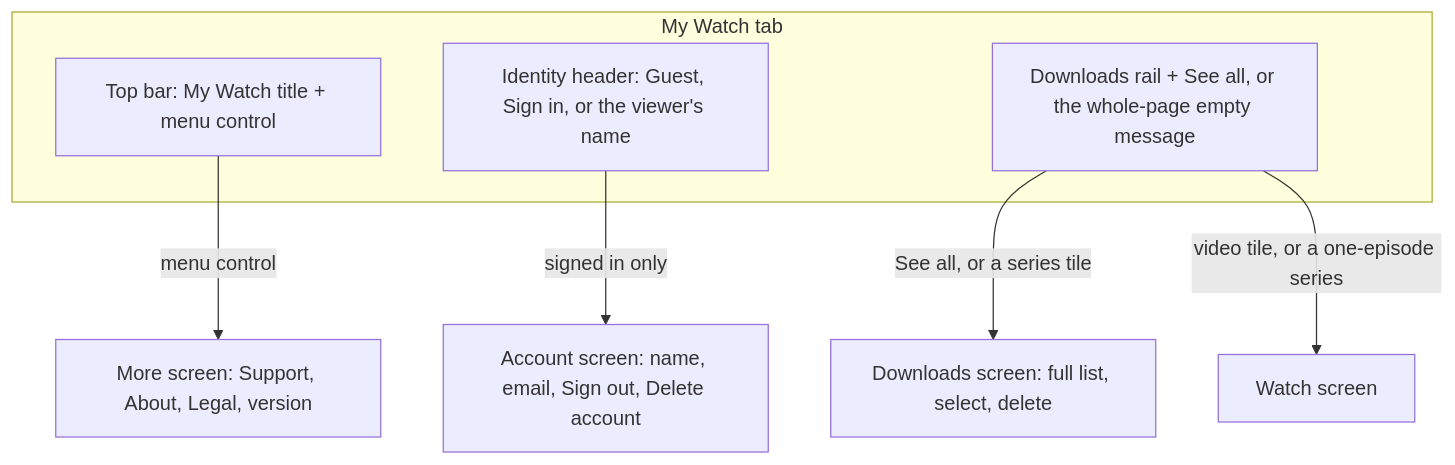
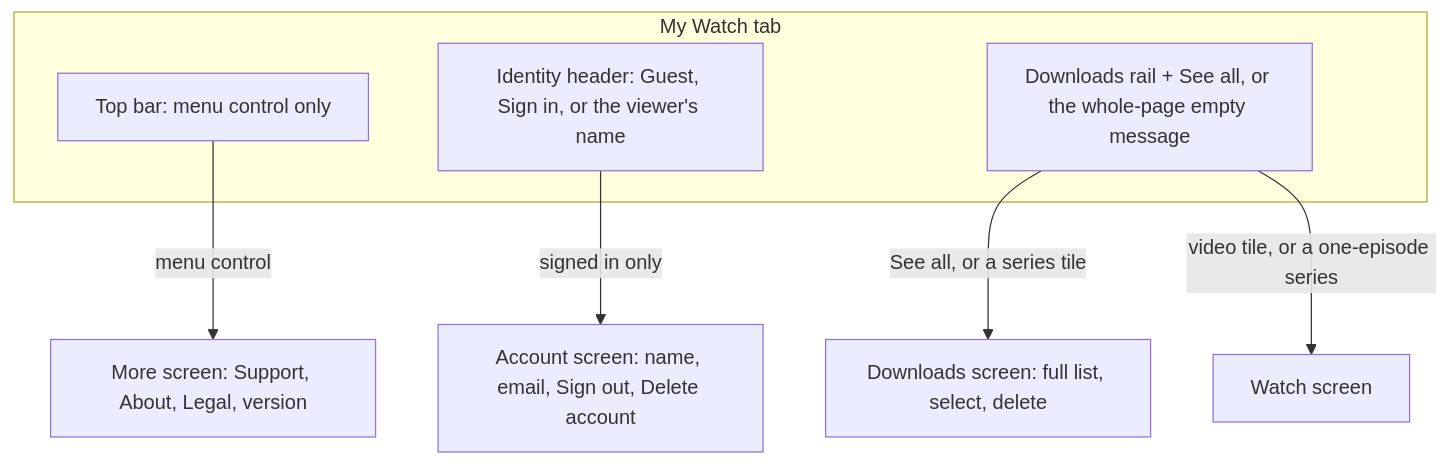
Before and after one commit to JesusFilm/forge: the first of 3 diagrams in docs/plans/2026-09-29-1134-feat-mobile-my-watch-tab-layout-plan.md, drawn with Mermaid. The commit also changed other lines of this file and 6 other files, not shown here.

First line of the commit message:
fix(mobile): center the My Watch header under a menu-only top bar

````diff
--- a/docs/plans/2026-09-29-1134-feat-mobile-my-watch-tab-layout-plan.md
+++ b/docs/plans/2026-09-29-1134-feat-mobile-my-watch-tab-layout-plan.md
@@ -56,12 +56,12 @@
 ```mermaid
 flowchart TB
   subgraph Page["My Watch tab"]
-    Top["Top bar: My Watch title + menu control"]
+    Top["Top bar: menu control only"]
     Header["Identity header: Guest, Sign in, or the viewer's name"]
     DL["Downloads rail + See all, or the whole-page empty message"]
   end
   Top -->|menu control| More["More screen: Support, About, Legal, version"]
   Header -->|signed in only| Account["Account screen: name, email, Sign out, Delete account"]
   DL -->|See all, or a series tile| Downloads["Downloads screen: full list, select, delete"]
   DL -->|video tile, or a one-episode series| Watch["Watch screen"]
 ```
````
